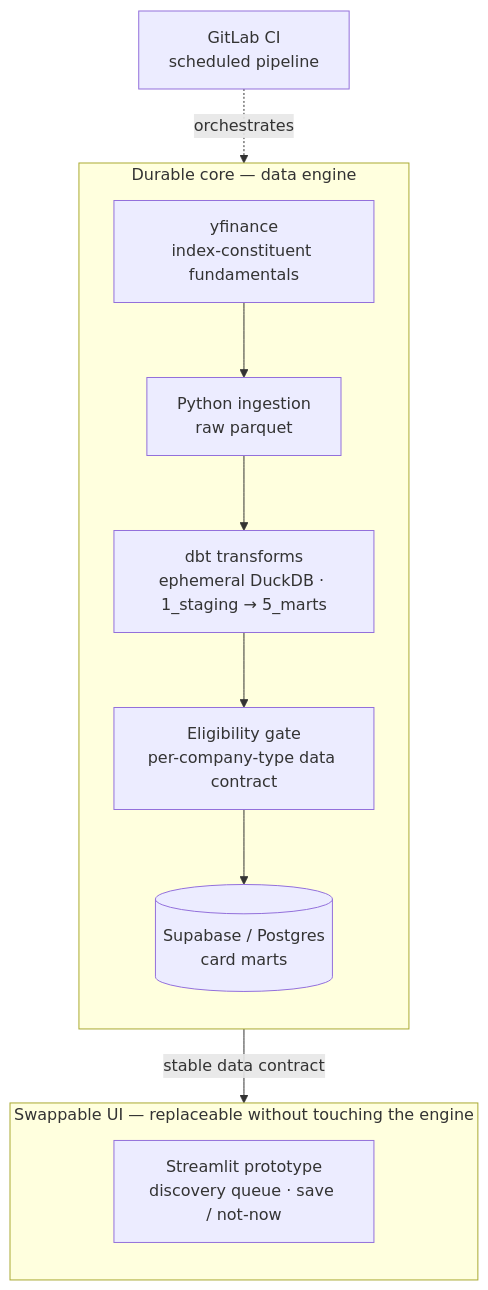
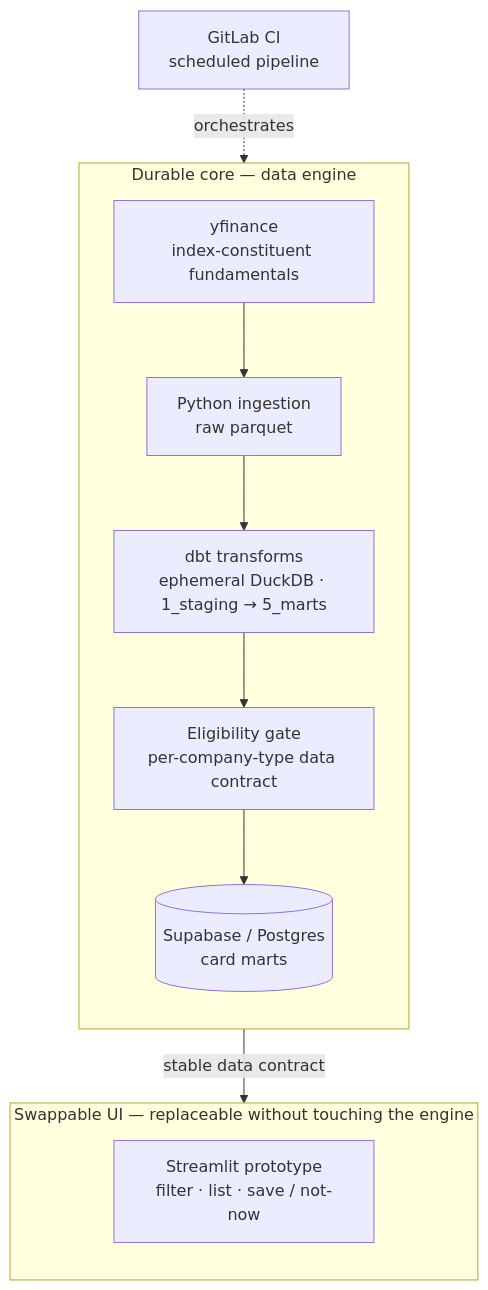
The diagram in README.md (ramialfahham/stock-explorer-app), drawn with Mermaid before and after one commit. The commit also changed other lines of this file and 24 other files, not shown here.

First line of the commit message:
feat(frontend): rework Discover into filter -> list -> focus

````diff
--- a/README.md
+++ b/README.md
@@ -26,16 +26,16 @@
 ```mermaid
 flowchart TD
     subgraph core["Durable core — data engine"]
         direction TB
         A["yfinance<br/>index-constituent fundamentals"] --> B["Python ingestion<br/>raw parquet"]
         B --> C["dbt transforms<br/>ephemeral DuckDB · 1_staging → 5_marts"]
         C --> D["Eligibility gate<br/>per-company-type data contract"]
         D --> E[("Supabase / Postgres<br/>card marts")]
     end
     E -->|"stable data contract"| F
     subgraph ui["Swappable UI — replaceable without touching the engine"]
         direction TB
-        F["Streamlit prototype<br/>discovery queue · save / not-now"]
+        F["Streamlit prototype<br/>filter · list · save / not-now"]
     end
     G["GitLab CI<br/>scheduled pipeline"] -.orchestrates.-> core
 ```
````
